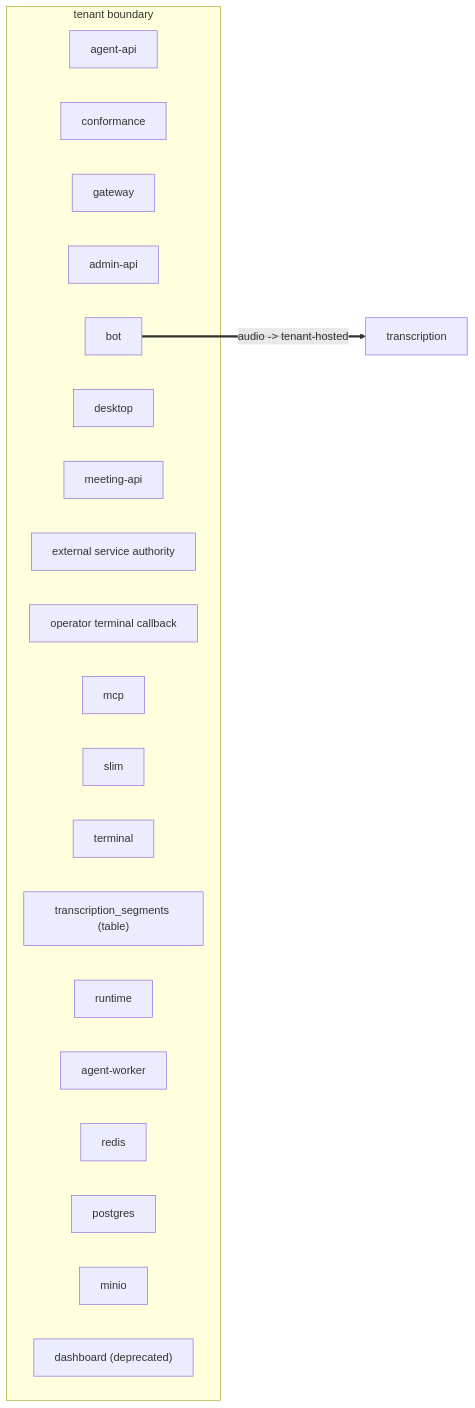
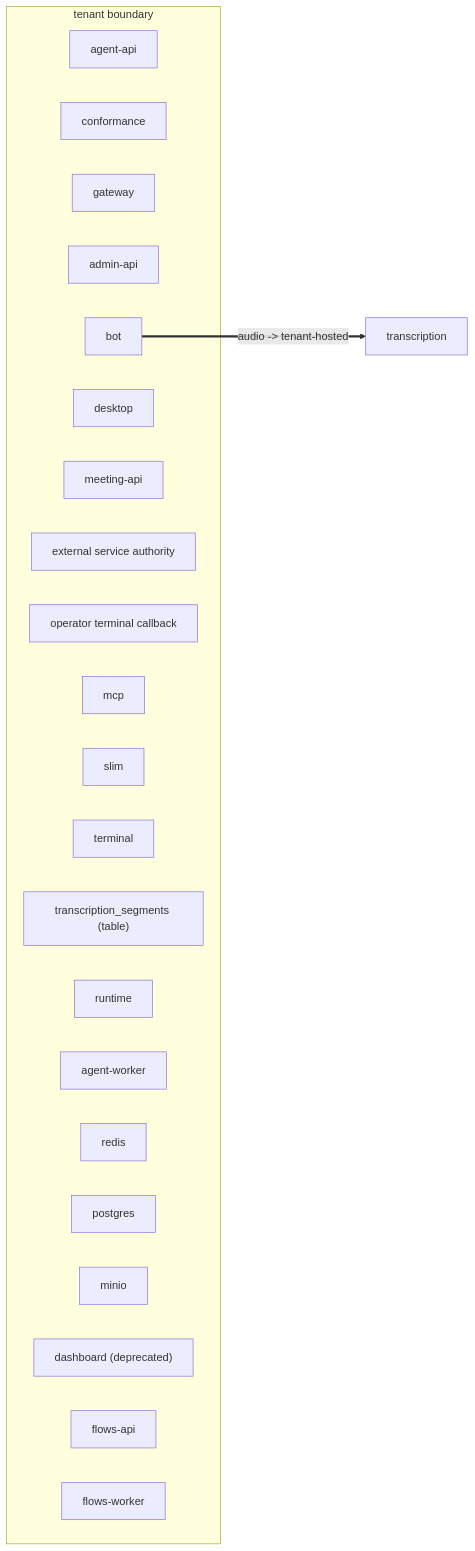
The diagram in docs/views/egress.mmd (TheJuanAndOnly99/vexa-core), drawn with Mermaid before and after one commit. The commit also changed 305 other files, not shown here.

```diff
--- a/docs/views/egress.mmd
+++ b/docs/views/egress.mmd
@@ -1,25 +1,27 @@
 %% GENERATED — pnpm arch:dsl --write
 flowchart LR
   subgraph tenant["tenant boundary"]
     agent_api["agent-api"]
     conformance["conformance"]
     gateway["gateway"]
     admin_api["admin-api"]
     bot["bot"]
     desktop["desktop"]
     meeting_api["meeting-api"]
     service_authority["external service authority"]
     system_webhook["operator terminal callback"]
     mcp["mcp"]
     slim["slim"]
     terminal["terminal"]
     segments_table["transcription_segments (table)"]
     runtime["runtime"]
     agent_worker["agent-worker"]
     redis["redis"]
     postgres["postgres"]
     minio["minio"]
     dashboard["dashboard (deprecated)"]
+    flows_api["flows-api"]
+    flows_worker["flows-worker"]
   end
   transcription["transcription"]
   bot ==>|"audio -> tenant-hosted"| transcription
```
